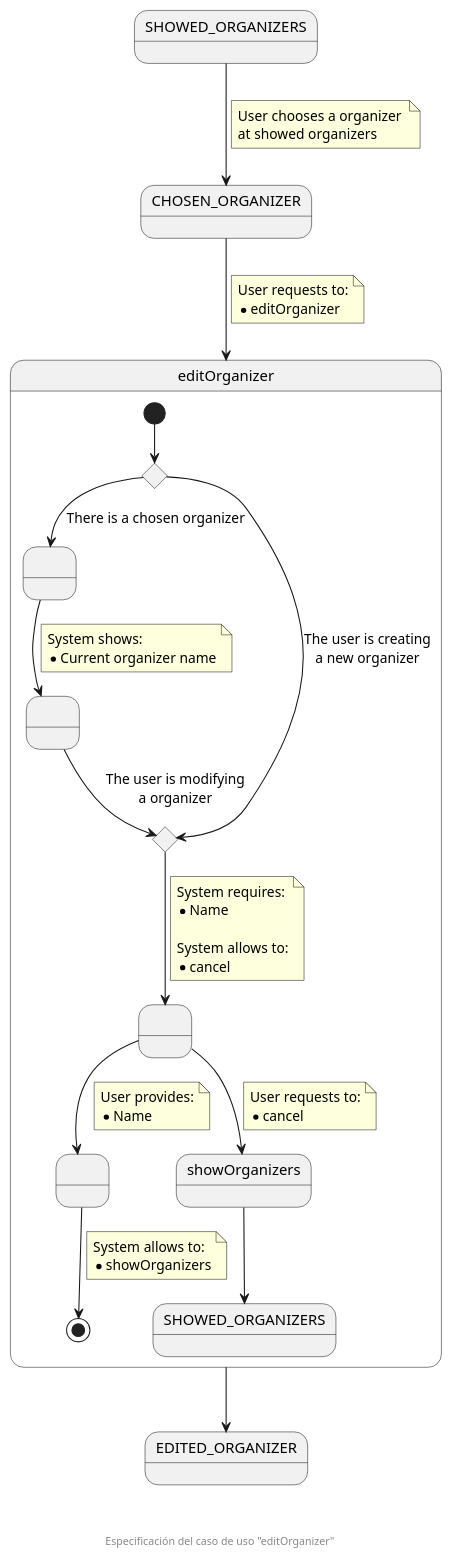
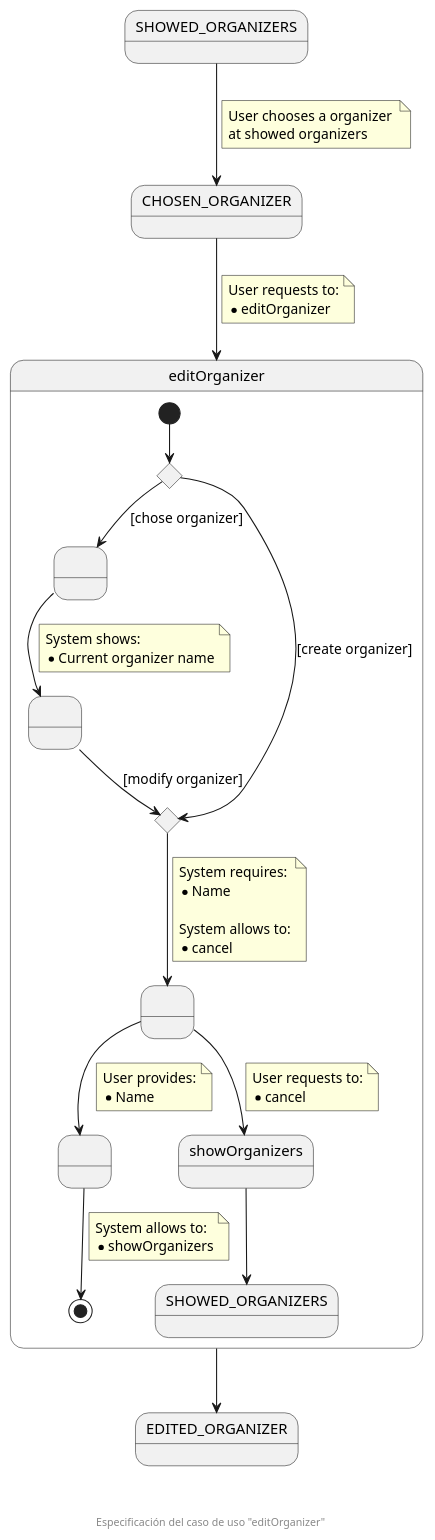
One commit to zuldare/mastercloud_pfm_halterocms changed the diagram in documentation/diagrams/1_requirements/3_useCasesSpecification/organizationSecretary/09_editOrganizer.puml. Above: the diagram before and after it, drawn with PlantUML. The commit also changed 5 other files, not shown here.

```diff
--- a/documentation/diagrams/1_requirements/3_useCasesSpecification/organizationSecretary/09_editOrganizer.puml
+++ b/documentation/diagrams/1_requirements/3_useCasesSpecification/organizationSecretary/09_editOrganizer.puml
@@ -1,64 +1,64 @@
 @startuml
 state SHOWED_ORGANIZERS
 state CHOSEN_ORGANIZER
 state editOrganizer {
   state createOrModifyCHC <<choice>>
   state " " as providedOrganizer
   state " " as showedData
   state createOrModifyCHC2 <<choice>>
   state " " as pendingData
   state " " as providedData
   [*] --> createOrModifyCHC
-  createOrModifyCHC --> providedOrganizer : There is a chosen organizer
-  createOrModifyCHC --> createOrModifyCHC2 : The user is creating\na new organizer
+  createOrModifyCHC --> providedOrganizer : [chose organizer]
+  createOrModifyCHC --> createOrModifyCHC2 : [create organizer]
   providedOrganizer --> showedData
   note on link
     System shows:
     * Current organizer name
   end note
-  showedData --> createOrModifyCHC2 : The user is modifying\na organizer
+  showedData --> createOrModifyCHC2 : [modify organizer]
   createOrModifyCHC2 --> pendingData
   note on link
     System requires:
     * Name
 
     System allows to:
     * cancel
   end note
   pendingData --> showOrganizers
   note on link
     User requests to:
     * cancel
   end note
   showOrganizers --> SHOWED_ORGANIZERS_F
   pendingData --> providedData 
   note on link
     User provides:
     * Name
   end note
   providedData --> [*]
   note on link
     System allows to:
     * showOrganizers
   end note
 }
 state EDITED_ORGANIZER
 state showOrganizers
 state "SHOWED_ORGANIZERS" as SHOWED_ORGANIZERS_F
 
 SHOWED_ORGANIZERS --> CHOSEN_ORGANIZER
 note on link
   User chooses a organizer 
   at showed organizers
 end note
 
 CHOSEN_ORGANIZER --> editOrganizer
 note on link
   User requests to:
   * editOrganizer
 end note
 
 editOrganizer --> EDITED_ORGANIZER
 
 footer \n\n\n Especificación del caso de uso "editOrganizer"
 @enduml
```
